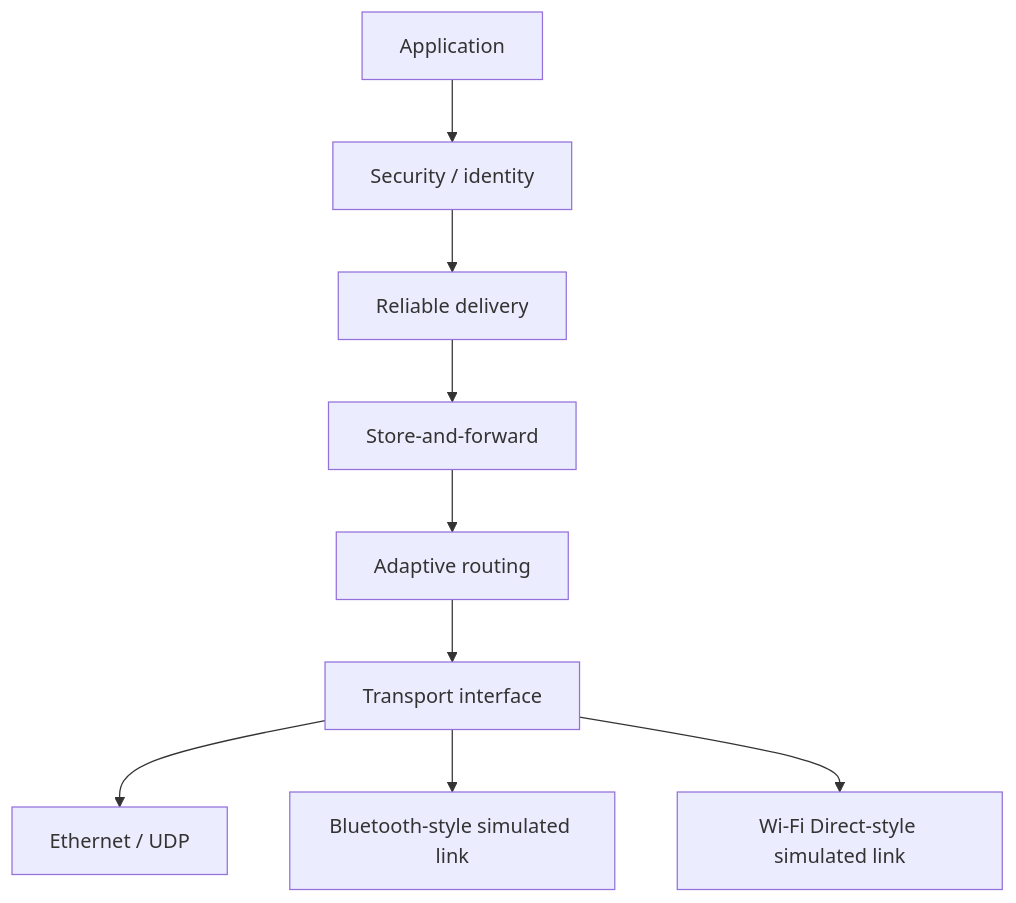
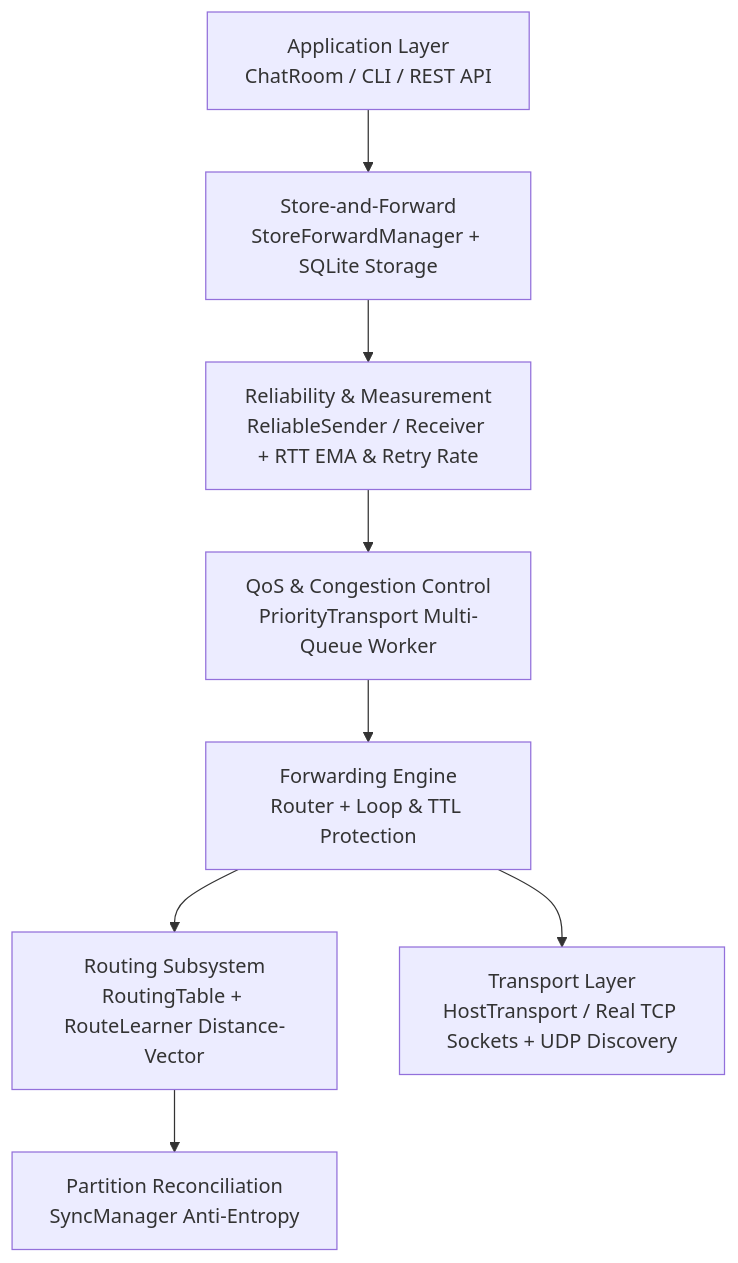
The diagram in docs/architecture.md (Vasukumar19/chatroom), drawn with Mermaid before and after one commit. The commit also changed other lines of this file and 6 other files, not shown here.

````diff
--- a/docs/architecture.md
+++ b/docs/architecture.md
@@ -3,14 +9,19 @@
 ```mermaid
 flowchart TB
-    application[Application]
-    security[Security / identity]
-    reliability[Reliable delivery]
-    persistence[Store-and-forward]
-    routing[Adaptive routing]
-    transports[Transport interface]
+    app[Application Layer\nChatRoom / CLI / REST API]
+    store[Store-and-Forward\nStoreForwardManager + SQLite Storage]
+    reliability[Reliability & Measurement\nReliableSender / Receiver + RTT EMA & Retry Rate]
+    qos[QoS & Congestion Control\nPriorityTransport Multi-Queue Worker]
+    router[Forwarding Engine\nRouter + Loop & TTL Protection]
+    routing_sys[Routing Subsystem\nRoutingTable + RouteLearner Distance-Vector]
+    sync_sys[Partition Reconciliation\nSyncManager Anti-Entropy]
+    transport[Transport Layer\nHostTransport / Real TCP Sockets + UDP Discovery]
 
-    application --> security --> reliability --> persistence --> routing --> transports
-    transports --> ethernet[Ethernet / UDP]
-    transports --> bluetooth[Bluetooth-style simulated link]
-    transports --> wifi[Wi-Fi Direct-style simulated link]
+    app --> store
+    store --> reliability
+    reliability --> qos
+    qos --> router
+    router --> routing_sys
+    router --> transport
+    routing_sys --> sync_sys
 ```
````
